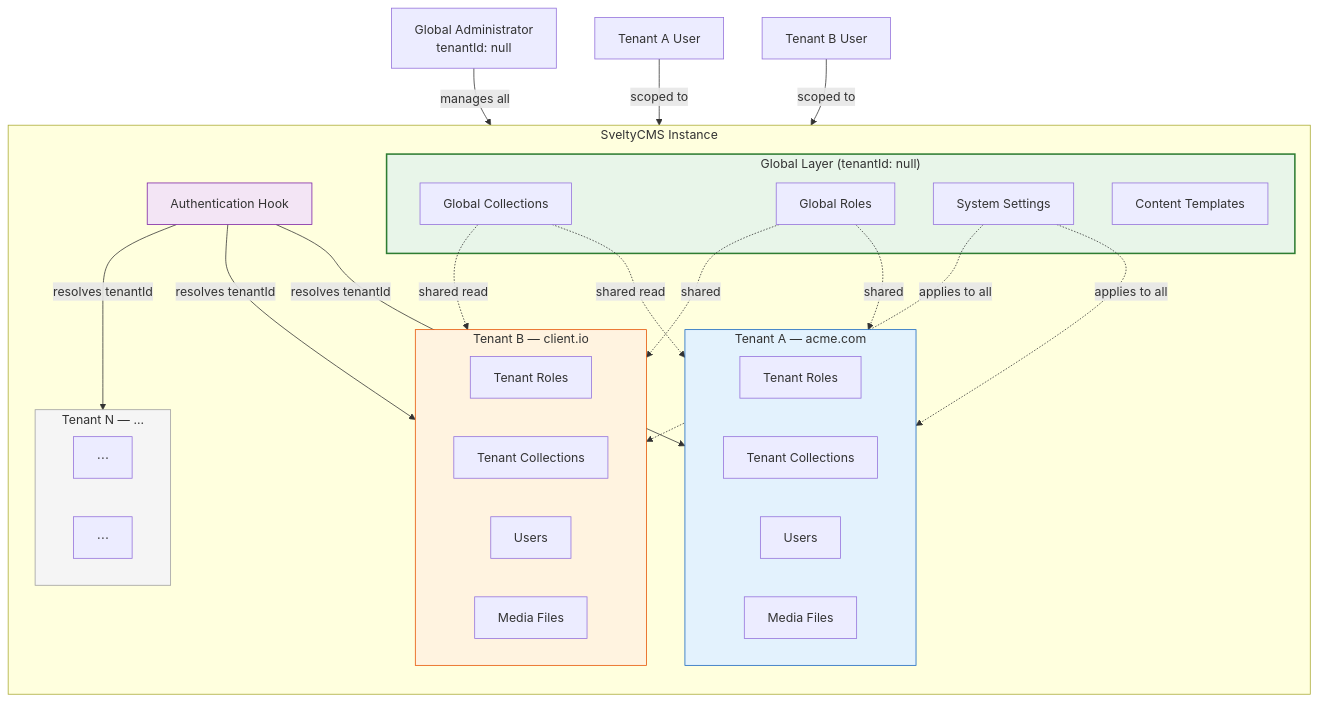
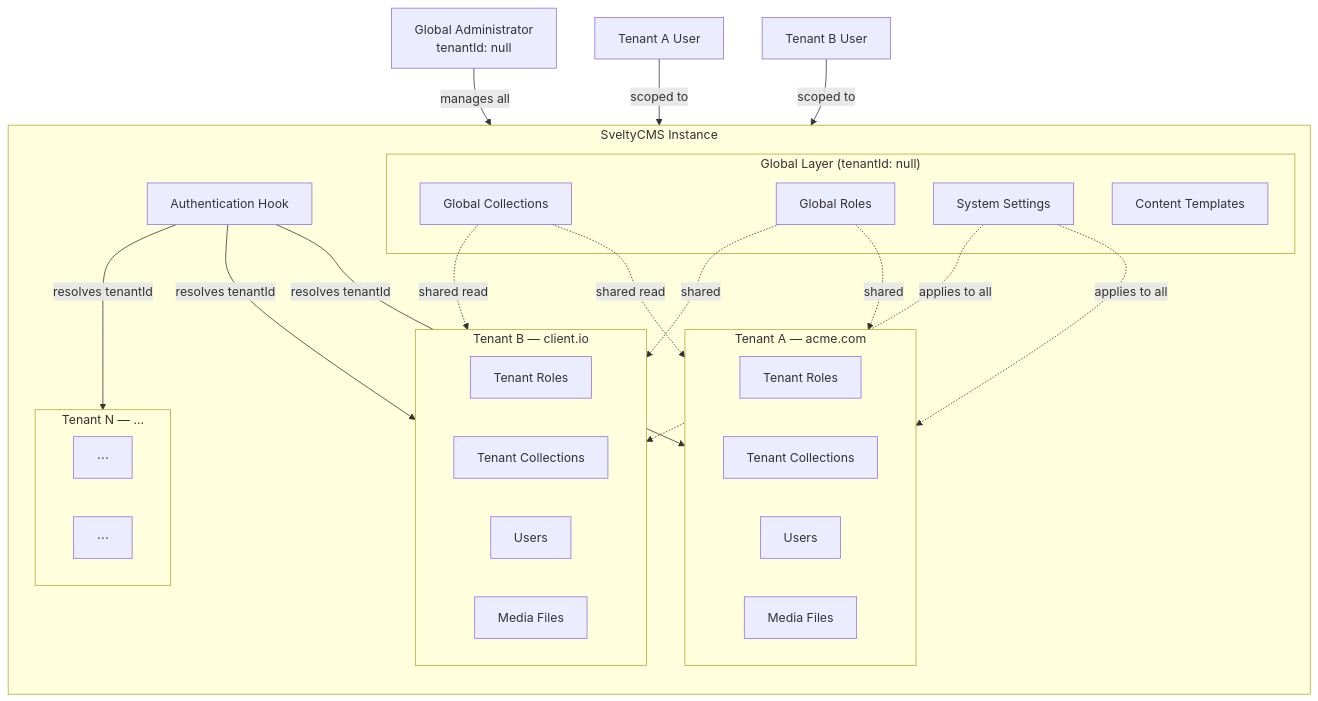
The first of 6 diagrams in docs/reference/architecture/multi-tenancy.mdx (SveltyCMS/SveltyCMS), drawn with Mermaid before and after one commit. The commit also changed other lines of this file and 18 other files, not shown here.

````diff
--- a/docs/reference/architecture/multi-tenancy.mdx
+++ b/docs/reference/architecture/multi-tenancy.mdx
@@ -21,53 +21,47 @@
 ```mermaid
 graph TB
     subgraph System["SveltyCMS Instance"]
         direction TB
 
         subgraph Global["Global Layer (tenantId: null)"]
             GR[Global Roles]
             GC[Global Collections]
             GS[System Settings]
             GT[Content Templates]
         end
 
         subgraph TenantA["Tenant A — acme.com"]
             TA_R[Tenant Roles]
             TA_C[Tenant Collections]
             TA_U[Users]
             TA_M[Media Files]
         end
 
         subgraph TenantB["Tenant B — client.io"]
             TB_R[Tenant Roles]
             TB_C[Tenant Collections]
             TB_U[Users]
             TB_M[Media Files]
         end
 
         subgraph TenantN["Tenant N — ..."]
             TN_R[⋯]
             TN_C[⋯]
         end
 
         Auth[Authentication Hook] -->|resolves tenantId| TenantA
         Auth -->|resolves tenantId| TenantB
         Auth -->|resolves tenantId| TenantN
 
         GC -.->|shared read| TenantA
         GC -.->|shared read| TenantB
         GR -.->|shared| TenantA
         GR -.->|shared| TenantB
         GS -.->|applies to all| TenantA
         GS -.->|applies to all| TenantB
     end
 
     Admin[Global Administrator<br/>tenantId: null] -->|manages all| System
     UserA[Tenant A User] -->|scoped to| TenantA
     UserB[Tenant B User] -->|scoped to| TenantB
-
-    style Global fill:#e8f5e9,stroke:#2e7d32,stroke-width:2px
-    style TenantA fill:#e3f2fd,stroke:#1565c0
-    style TenantB fill:#fff3e0,stroke:#e65100
-    style TenantN fill:#f5f5f5,stroke:#9e9e9e
-    style Auth fill:#f3e5f5,stroke:#7b1fa2
 ```
````
